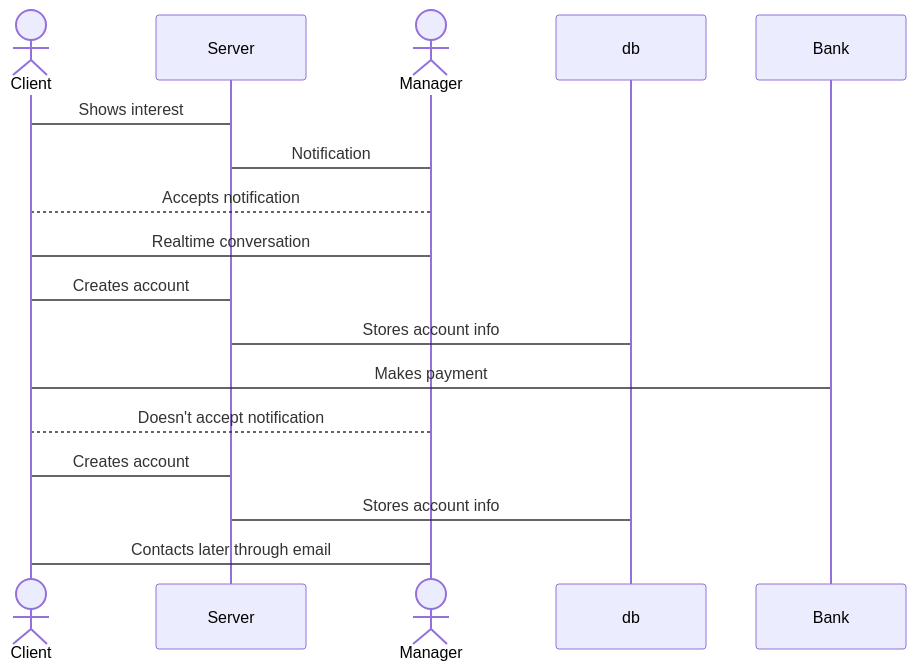
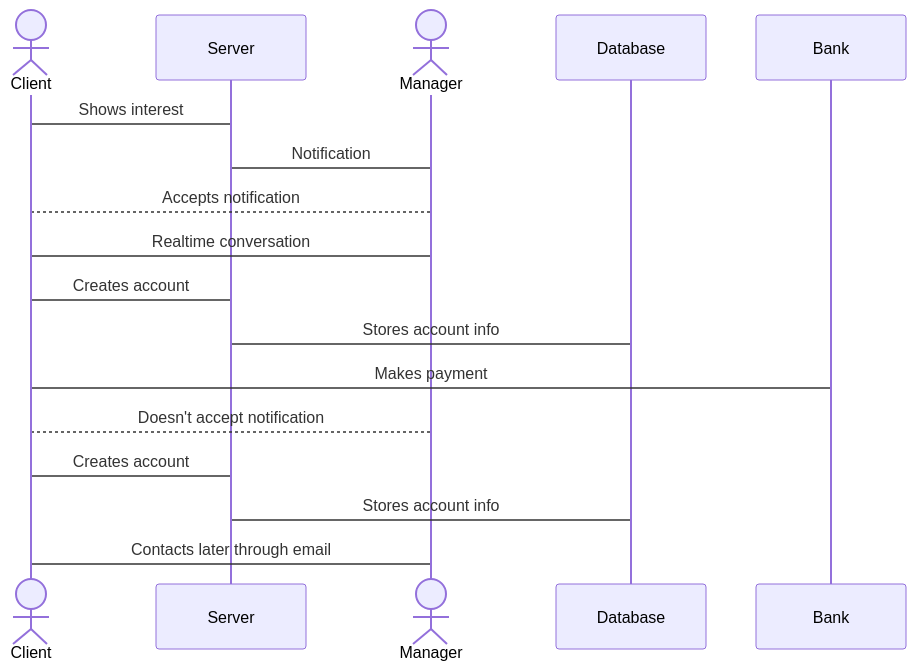
Before and after one commit to AydenSwain/startup: the diagram in README.md, drawn with Mermaid.

Commit message:
Rename 'db' to 'Database' in README sequence diagram

````diff
--- a/README.md
+++ b/README.md
@@ -39,20 +39,20 @@
 ```mermaid
 sequenceDiagram
     actor Client
     participant Server
     actor Manager
-    participant db
+    participant Database
     participant Bank
 
     Client->Server: Shows interest
     Server->Manager: Notification
     Manager-->Client: Accepts notification
     Client->Manager: Realtime conversation
     Client->Server: Creates account
-    Server->db: Stores account info
+    Server->Database: Stores account info
     Client->Bank: Makes payment
     Manager-->Client: Doesn't accept notification
     Client->Server: Creates account
-    Server->db: Stores account info
+    Server->Database: Stores account info
     Manager->Client: Contacts later through email
 ```
````
